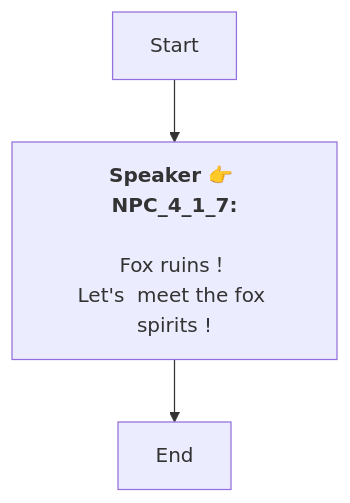
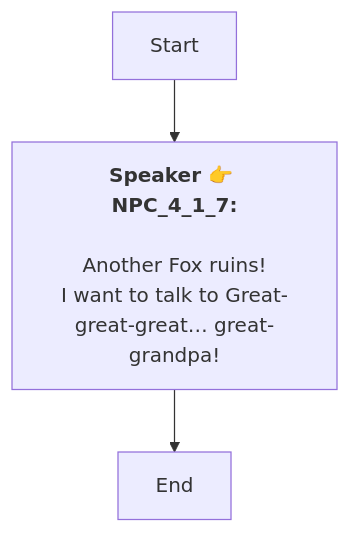
The diagram in En/QuestApproachDialogNode_1773747480549701.md (SoftHu/tos_avg), drawn with Mermaid before and after one commit. The commit also changed 780 other files, not shown here.

````diff
--- a/En/QuestApproachDialogNode_1773747480549701.md
+++ b/En/QuestApproachDialogNode_1773747480549701.md
@@ -1,8 +1,8 @@
 ```mermaid
 graph
 Start -->1773747512718665[<b>Speaker 👉 NPC_4_1_7:</b>
-\nFox ruins！
-Let's  meet the fox spirits !]
+\nAnother Fox ruins!
+I want to talk to Great-great-great… great-grandpa!]
 1773747512718665 -->1773747514966346[End]
 
 ```
````
